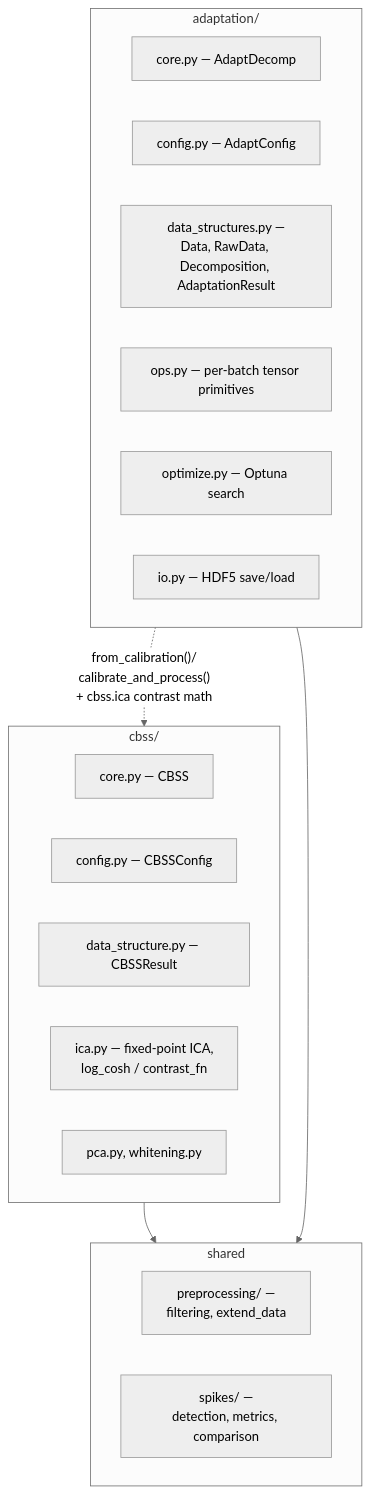
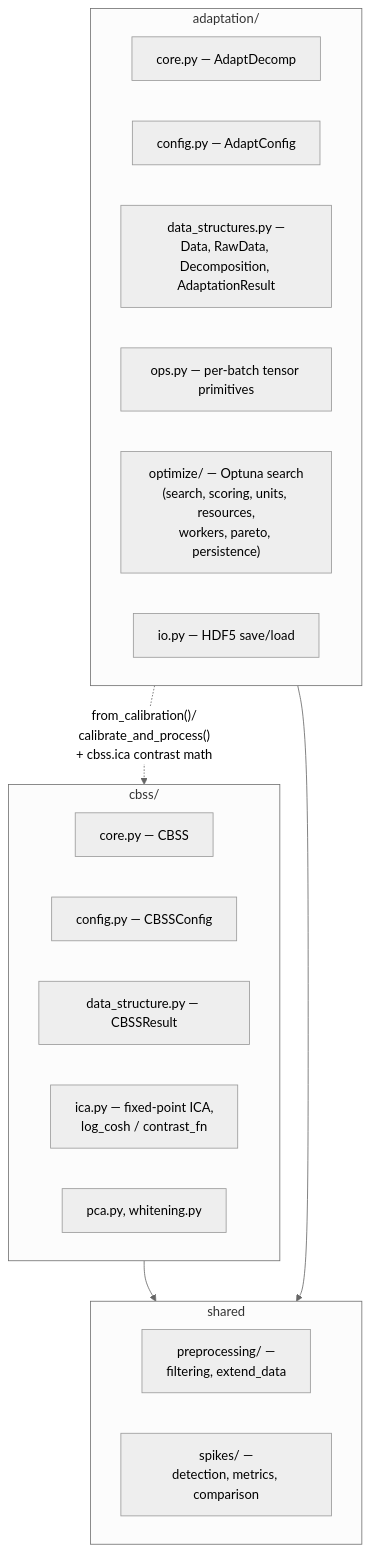
One commit to imendezguerra/adapt_decomp changed the first of 2 diagrams in docs/architecture.md. Above: the diagram before and after it, drawn with Mermaid (neutral theme). The commit also changed 28 other files, not shown here.

````diff
--- a/docs/architecture.md
+++ b/docs/architecture.md
@@ -28,28 +28,30 @@
 ```mermaid
 flowchart TB
     subgraph cbss_pkg["cbss/"]
         CBSS["core.py — CBSS"]
         CBSSConfig["config.py — CBSSConfig"]
         CBSSResult["data_structure.py — CBSSResult"]
         ica["ica.py — fixed-point ICA,\nlog_cosh / contrast_fn"]
         pca_wh["pca.py, whitening.py"]
     end
 
     subgraph adapt_pkg["adaptation/"]
         AdaptDecomp["core.py — AdaptDecomp"]
         AdaptConfig["config.py — AdaptConfig"]
         DataStruct["data_structures.py —\nData, RawData, Decomposition, AdaptationResult"]
         ops["ops.py — per-batch tensor primitives"]
-        optimize["optimize.py — Optuna search"]
+        optimize["optimize/ — Optuna search
+(search, scoring, units, resources,
+workers, pareto, persistence)"]
         io["io.py — HDF5 save/load"]
     end
 
     subgraph shared["shared"]
         preprocessing["preprocessing/ —\nfiltering, extend_data"]
         spikes["spikes/ —\ndetection, metrics, comparison"]
     end
 
     cbss_pkg --> shared
     adapt_pkg --> shared
     adapt_pkg -. "from_calibration()/\ncalibrate_and_process()\n+ cbss.ica contrast math" .-> cbss_pkg
 ```
````
